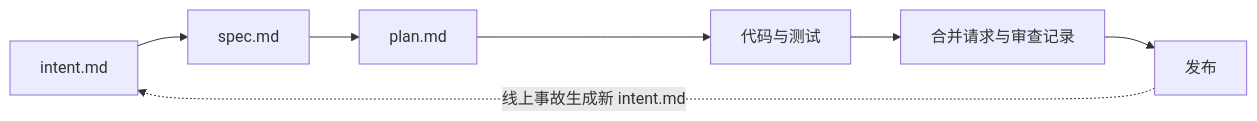
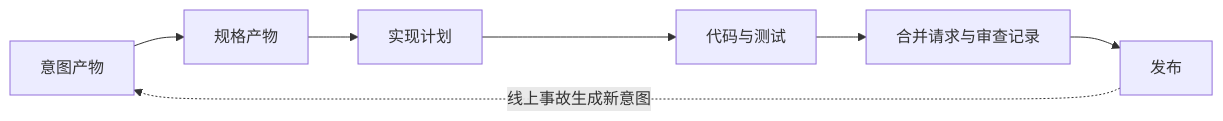
The first of 3 diagrams in docs/tech/ai-native-sdlc.md (AI-PM-Wiki/AIPM), drawn with Mermaid before and after one commit. The commit also changed other lines of this file and 248 other files, not shown here.

````diff
--- a/docs/tech/ai-native-sdlc.md
+++ b/docs/tech/ai-native-sdlc.md
@@ -30,9 +25,9 @@
 ```mermaid
 flowchart LR
-    intent[intent.md] --> spec[spec.md]
-    spec --> plan[plan.md]
+    intent[意图产物] --> spec[规格产物]
+    spec --> plan[实现计划]
     plan --> code[代码与测试]
     code --> pr[合并请求与审查记录]
     pr --> rel[发布]
-    rel -.->|线上事故生成新 intent.md| intent
+    rel -.->|线上事故生成新意图| intent
 ```
````
